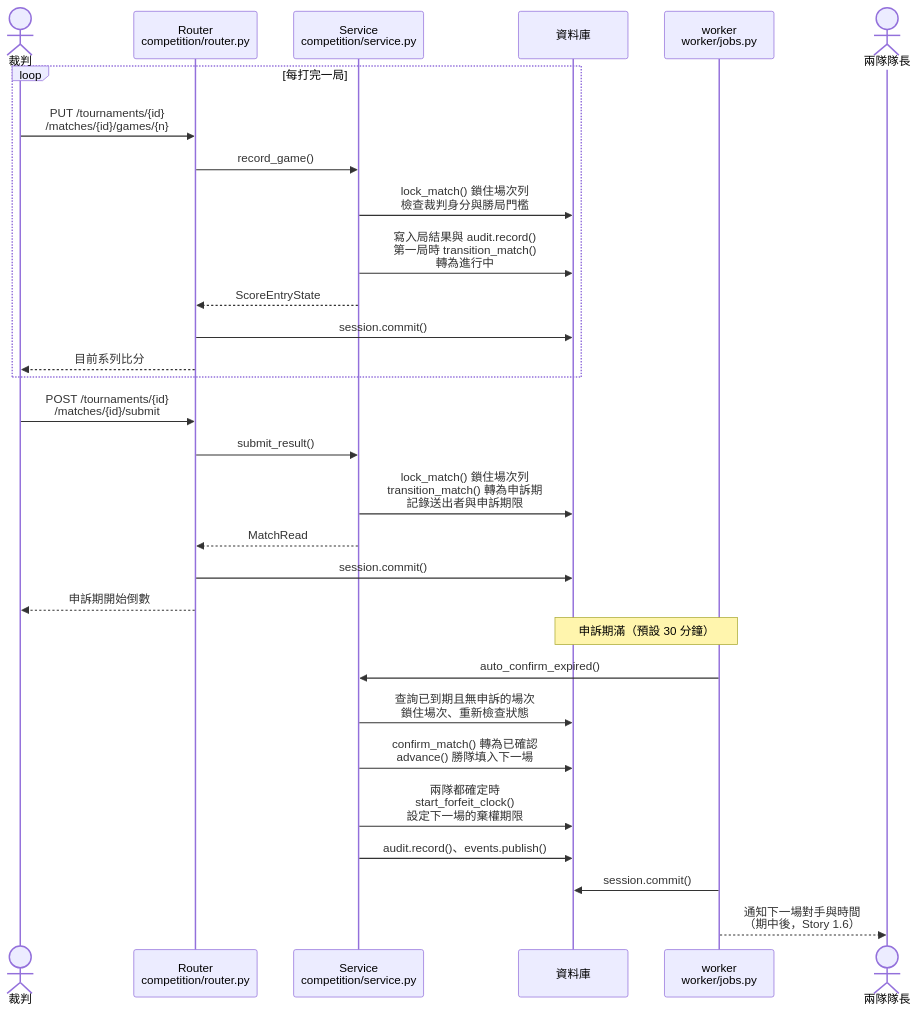
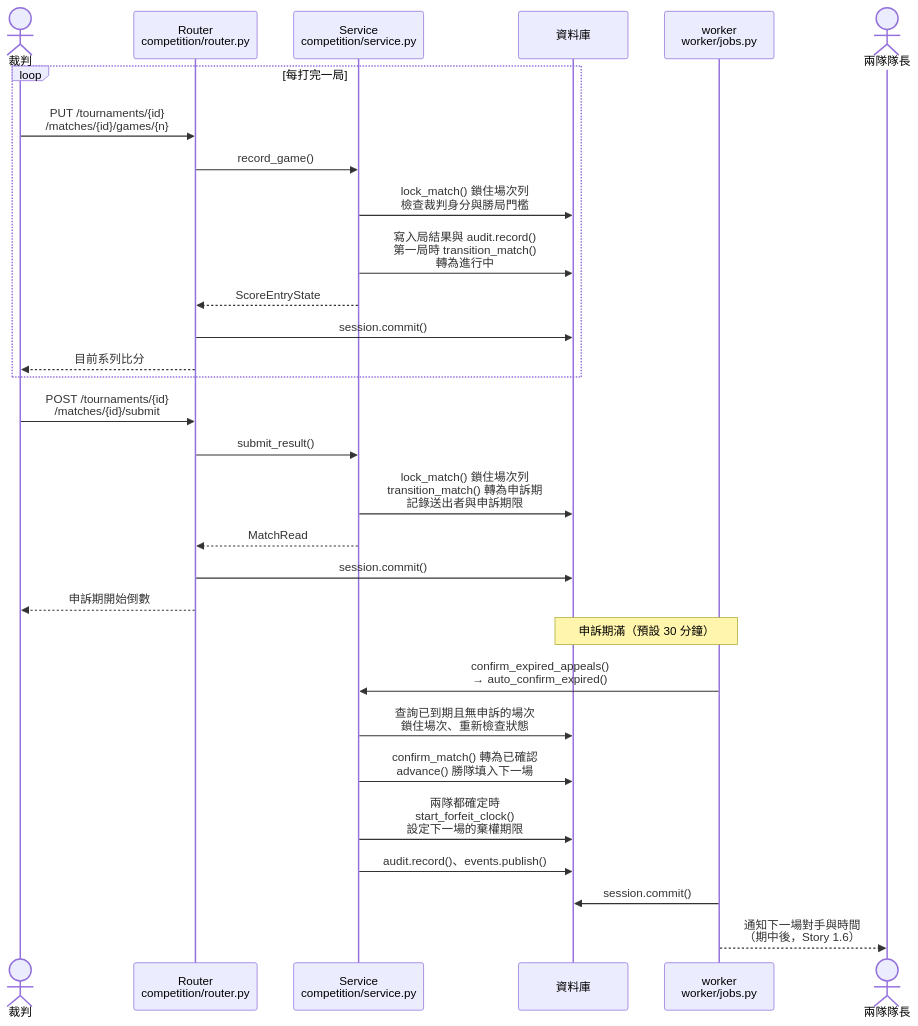
Diagram 18 of 19 in docs/midterm/B-軟體需求分析文件.md (Team14good/esport-platform), drawn with Mermaid before and after one commit. The commit also changed other lines of this file and 5 other files, not shown here.

First line of the commit message:
docs: 依 code review 修正 B、D 的圖與程式標註

````diff
--- a/docs/midterm/B-軟體需求分析文件.md
+++ b/docs/midterm/B-軟體需求分析文件.md
@@ -1486,32 +1488,32 @@
 ```mermaid
 sequenceDiagram
   actor Ref as 裁判
   participant R as Router<br/>competition/router.py
   participant S as Service<br/>competition/service.py
   participant DB as 資料庫
   participant W as worker<br/>worker/jobs.py
   actor Cap as 兩隊隊長
   loop 每打完一局
     Ref->>R: PUT /tournaments/{id}<br/>/matches/{id}/games/{n}
     R->>S: record_game()
     S->>DB: lock_match() 鎖住場次列<br/>檢查裁判身分與勝局門檻
     S->>DB: 寫入局結果與 audit.record()<br/>第一局時 transition_match()<br/>轉為進行中
     S-->>R: ScoreEntryState
     R->>DB: session.commit()
     R-->>Ref: 目前系列比分
   end
   Ref->>R: POST /tournaments/{id}<br/>/matches/{id}/submit
   R->>S: submit_result()
   S->>DB: lock_match() 鎖住場次列<br/>transition_match() 轉為申訴期<br/>記錄送出者與申訴期限
   S-->>R: MatchRead
   R->>DB: session.commit()
   R-->>Ref: 申訴期開始倒數
   Note over DB,W: 申訴期滿（預設 30 分鐘）
-  W->>S: auto_confirm_expired()
+  W->>S: confirm_expired_appeals()<br/>→ auto_confirm_expired()
   S->>DB: 查詢已到期且無申訴的場次<br/>鎖住場次、重新檢查狀態
   S->>DB: confirm_match() 轉為已確認<br/>advance() 勝隊填入下一場
   S->>DB: 兩隊都確定時<br/>start_forfeit_clock()<br/>設定下一場的棄權期限
   S->>DB: audit.record()、events.publish()
   W->>DB: session.commit()
   W-->>Cap: 通知下一場對手與時間<br/>（期中後，Story 1.6）
 ```
````
